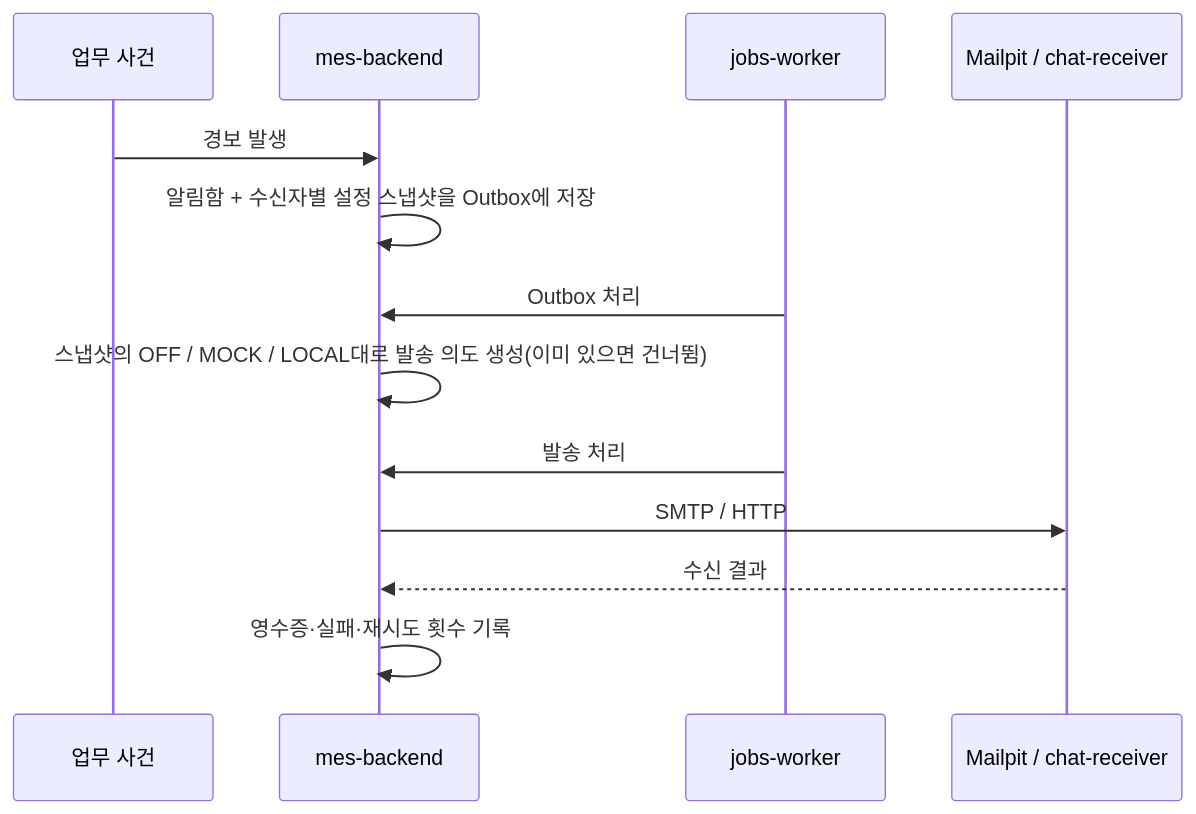
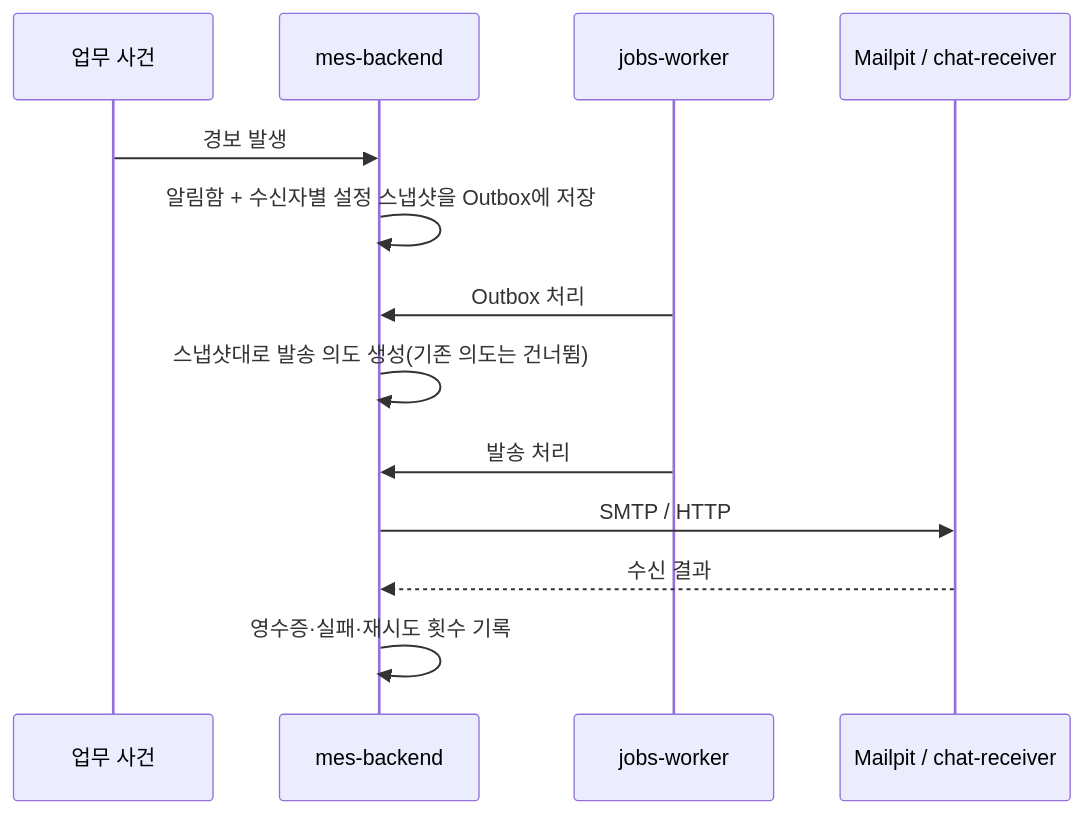
One commit to nkpFactoryMES/doc changed the second of 2 diagrams in notifications.md. Above: the diagram before and after it, drawn with Mermaid. The commit also changed other lines of this file and 13 other files, not shown here.

````diff
--- a/notifications.md
+++ b/notifications.md
@@ -30,16 +46,16 @@
 ```mermaid
 sequenceDiagram
     participant S as 업무 사건
     participant B as mes-backend
     participant J as jobs-worker
     participant P as Mailpit / chat-receiver
 
     S->>B: 경보 발생
     B->>B: 알림함 + 수신자별 설정 스냅샷을 Outbox에 저장
     J->>B: Outbox 처리
-    B->>B: 스냅샷의 OFF / MOCK / LOCAL대로 발송 의도 생성(이미 있으면 건너뜀)
+    B->>B: 스냅샷대로 발송 의도 생성(기존 의도는 건너뜀)
     J->>B: 발송 처리
     B->>P: SMTP / HTTP
     P-->>B: 수신 결과
     B->>B: 영수증·실패·재시도 횟수 기록
 ```
````
